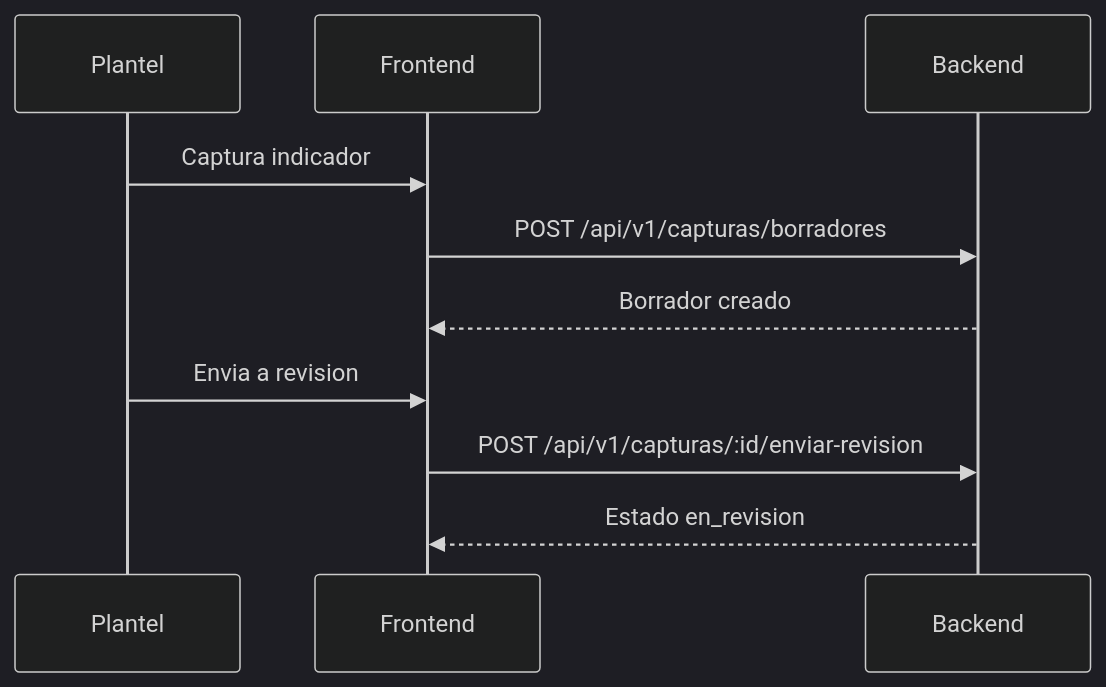
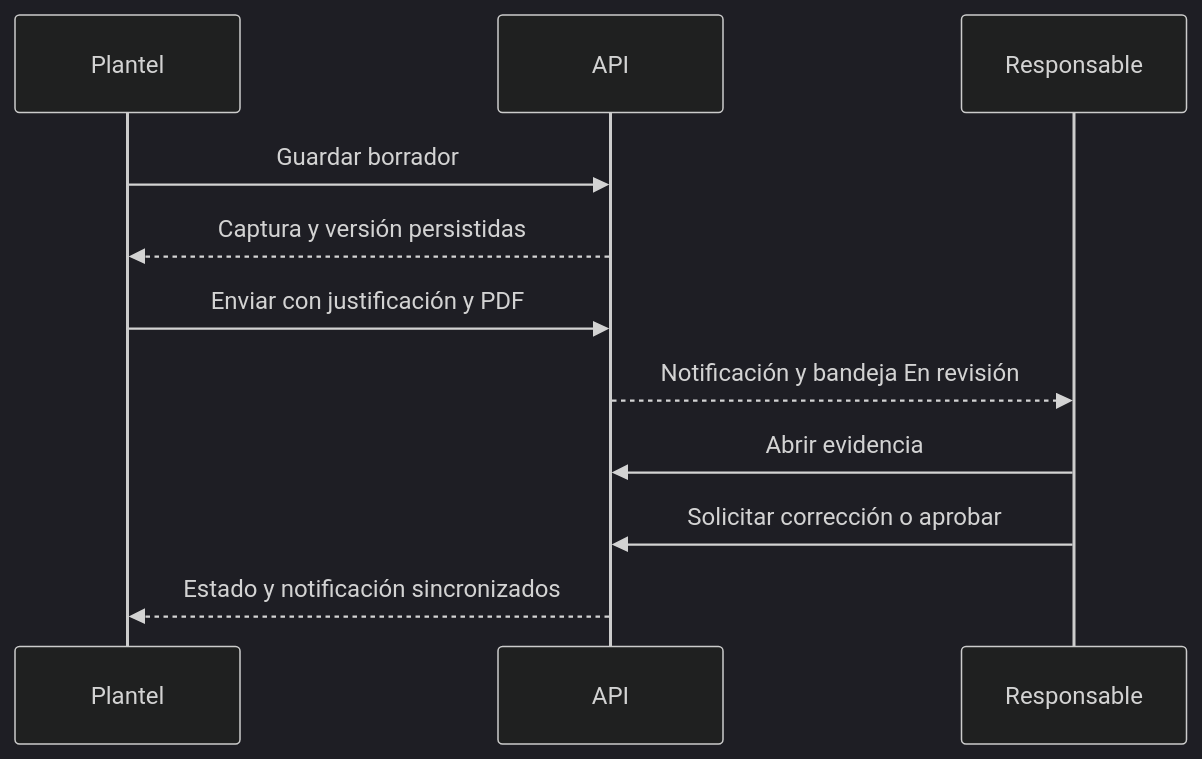
Before and after one commit to ADP-co/ADPeak: the second of 2 diagrams in docs/architecture/OVERVIEW.md, drawn with Mermaid (dark theme). The commit also changed other lines of this file and 80 other files, not shown here.

````diff
--- a/docs/architecture/OVERVIEW.md
+++ b/docs/architecture/OVERVIEW.md
@@ -83,13 +57,13 @@
 ```mermaid
 sequenceDiagram
   participant P as Plantel
-  participant F as Frontend
-  participant A as Backend
-
-  P->>F: Captura indicador
-  F->>A: POST /api/v1/capturas/borradores
-  A-->>F: Borrador creado
-  P->>F: Envia a revision
-  F->>A: POST /api/v1/capturas/:id/enviar-revision
-  A-->>F: Estado en_revision
+  participant A as API
+  participant R as Responsable
+  P->>A: Guardar borrador
+  A-->>P: Captura y versión persistidas
+  P->>A: Enviar con justificación y PDF
+  A-->>R: Notificación y bandeja En revisión
+  R->>A: Abrir evidencia
+  R->>A: Solicitar corrección o aprobar
+  A-->>P: Estado y notificación sincronizados
 ```
````
